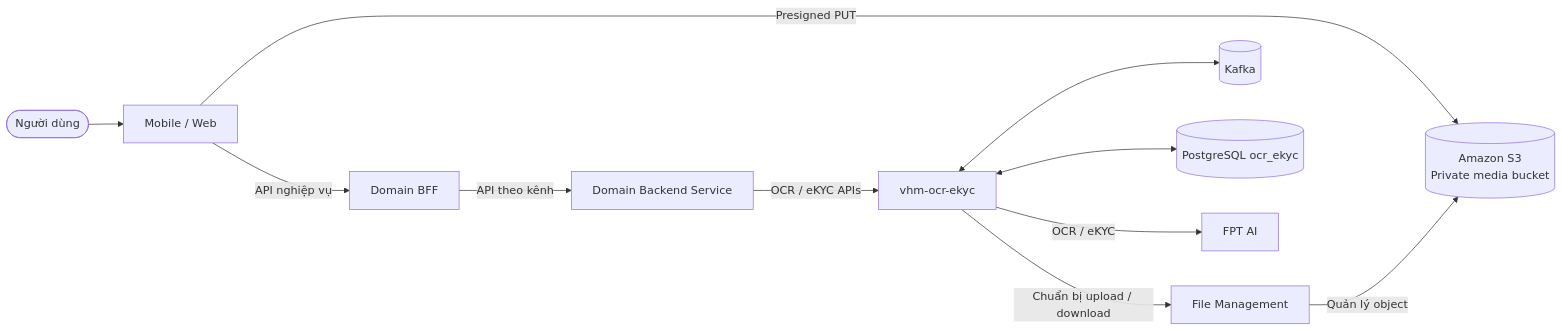
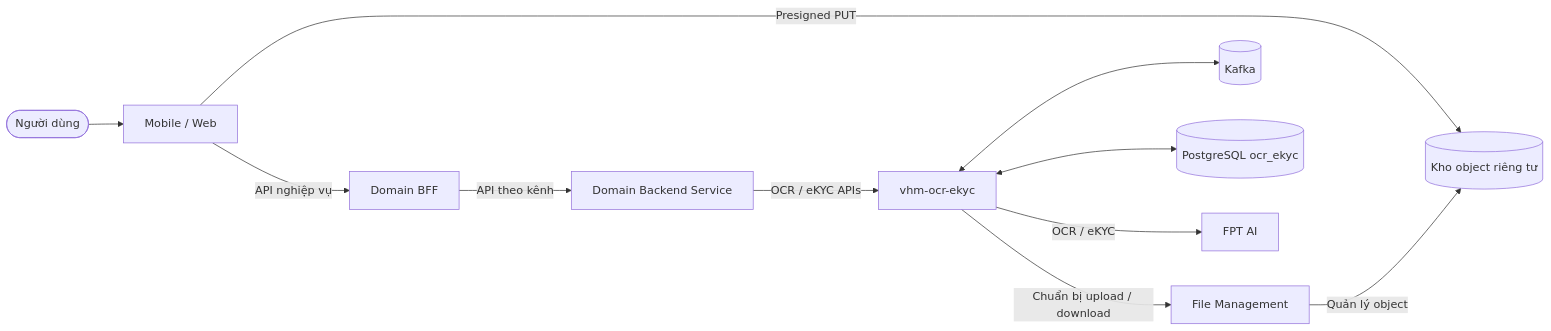
One commit to huynv-xyz/vhm changed the first of 12 diagrams in tdd-ocr-ekyc.md. Above: the diagram before and after it, drawn with Mermaid. The commit also changed other lines of this file, not shown here.

````diff
--- a/tdd-ocr-ekyc.md
+++ b/tdd-ocr-ekyc.md
@@ -199,24 +204,24 @@
 ```mermaid
 flowchart LR
     USER([Người dùng])
     APP[Mobile / Web]
     BFF[Domain BFF]
     DOMAIN[Domain Backend Service]
     OCR[vhm-ocr-ekyc]
     FILE[File Management]
-    STORE[(Amazon S3<br/>Private media bucket)]
+    STORE[(Kho object riêng tư)]
     KAFKA[(Kafka)]
     DB[(PostgreSQL ocr_ekyc)]
     FPT[FPT AI]
 
     USER --> APP
     APP -->|API nghiệp vụ| BFF
     APP -->|Presigned PUT| STORE
     BFF -->|API theo kênh| DOMAIN
     DOMAIN -->|OCR / eKYC APIs| OCR
     OCR -->|Chuẩn bị upload / download| FILE
     FILE -->|Quản lý object| STORE
     OCR <--> DB
     OCR <--> KAFKA
     OCR -->|OCR / eKYC| FPT
 ```
````
